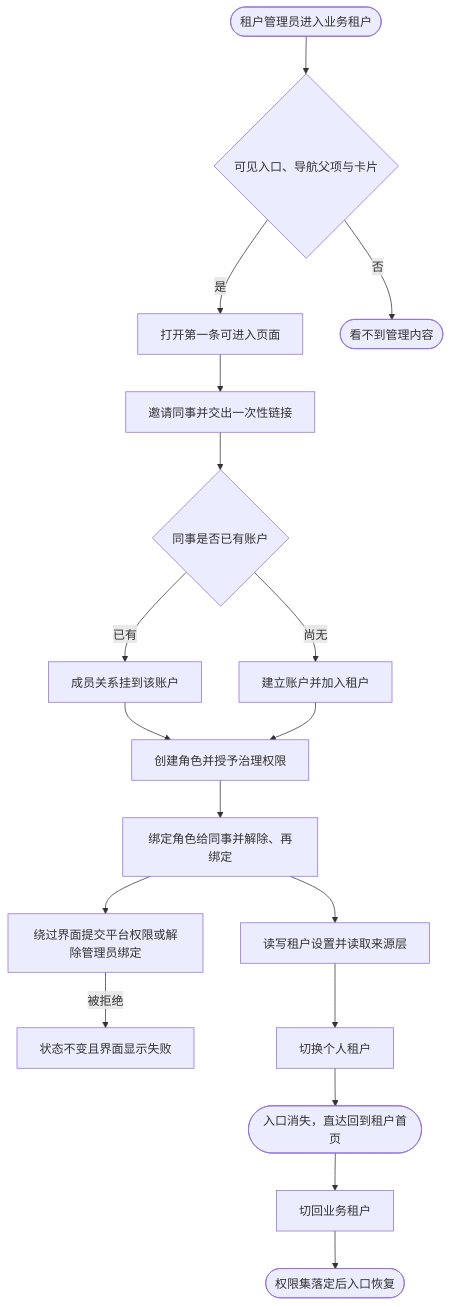
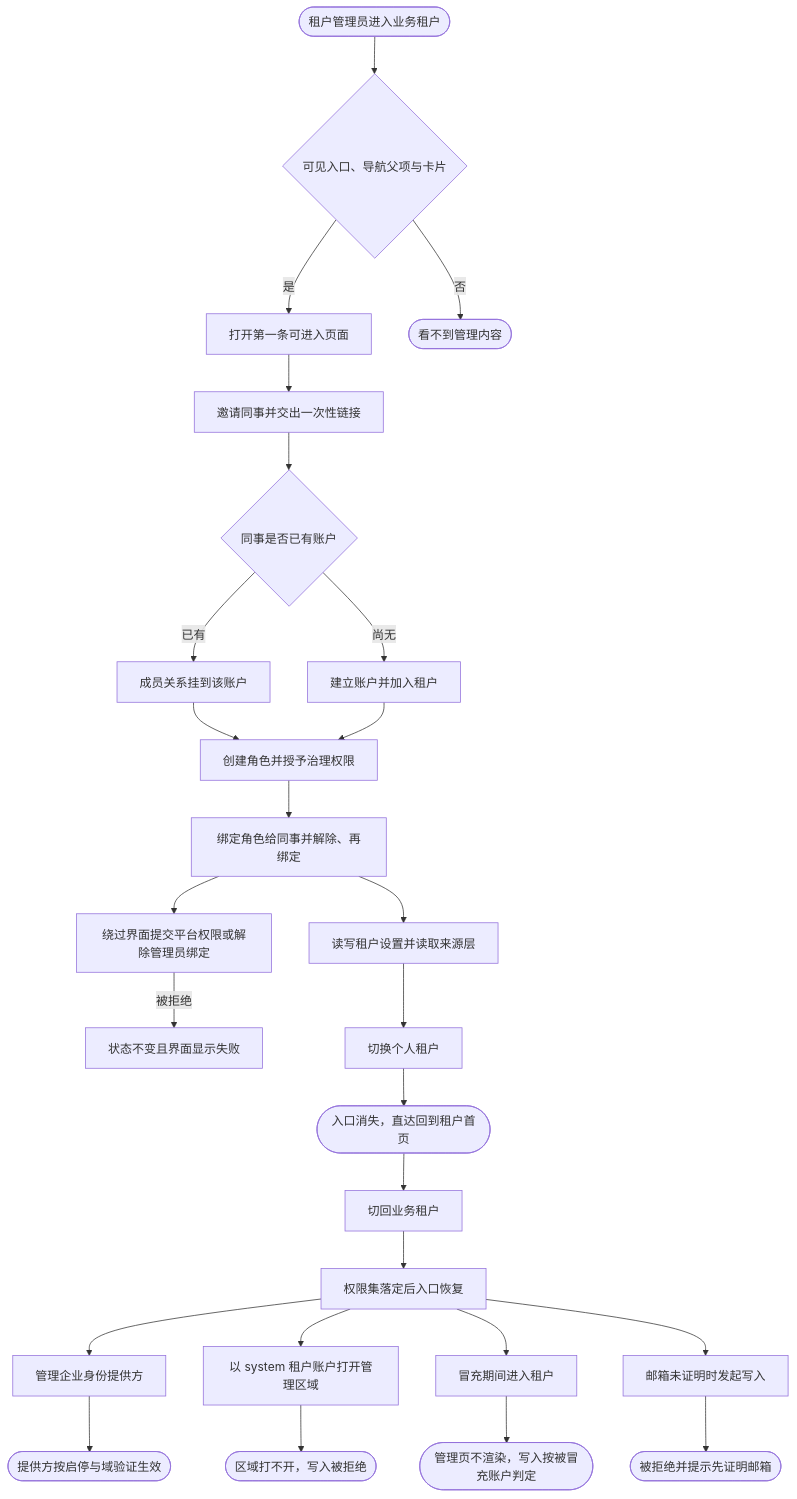
The diagram in docs/prd/journeys/journey-tenant-admin.md (wangzw/speed), drawn with Mermaid before and after one commit. The commit also changed other lines of this file and 13 other files, not shown here.

````diff
--- a/docs/prd/journeys/journey-tenant-admin.md
+++ b/docs/prd/journeys/journey-tenant-admin.md
@@ -55,20 +71,28 @@
 ```mermaid
 flowchart TD
     A([租户管理员进入业务租户]) --> B{可见入口、导航父项与卡片}
     B -->|是| C[打开第一条可进入页面]
     B -->|否| Z([看不到管理内容])
     C --> D[邀请同事并交出一次性链接]
     D --> E{同事是否已有账户}
     E -->|已有| F[成员关系挂到该账户]
     E -->|尚无| G[建立账户并加入租户]
     F --> H[创建角色并授予治理权限]
     G --> H
     H --> I[绑定角色给同事并解除、再绑定]
     I --> J[绕过界面提交平台权限或解除管理员绑定]
     J -->|被拒绝| K[状态不变且界面显示失败]
     I --> L[读写租户设置并读取来源层]
     L --> M[切换个人租户]
     M --> N([入口消失，直达回到租户首页])
     N --> O[切回业务租户]
-    O --> P([权限集落定后入口恢复])
+    O --> P[权限集落定后入口恢复]
+    P --> Q[管理企业身份提供方]
+    Q --> R([提供方按启停与域验证生效])
+    P --> S[以 system 租户账户打开管理区域]
+    S --> T([区域打不开，写入被拒绝])
+    P --> U[冒充期间进入租户]
+    U --> V([管理页不渲染，写入按被冒充账户判定])
+    P --> W[邮箱未证明时发起写入]
+    W --> X([被拒绝并提示先证明邮箱])
 ```
````
